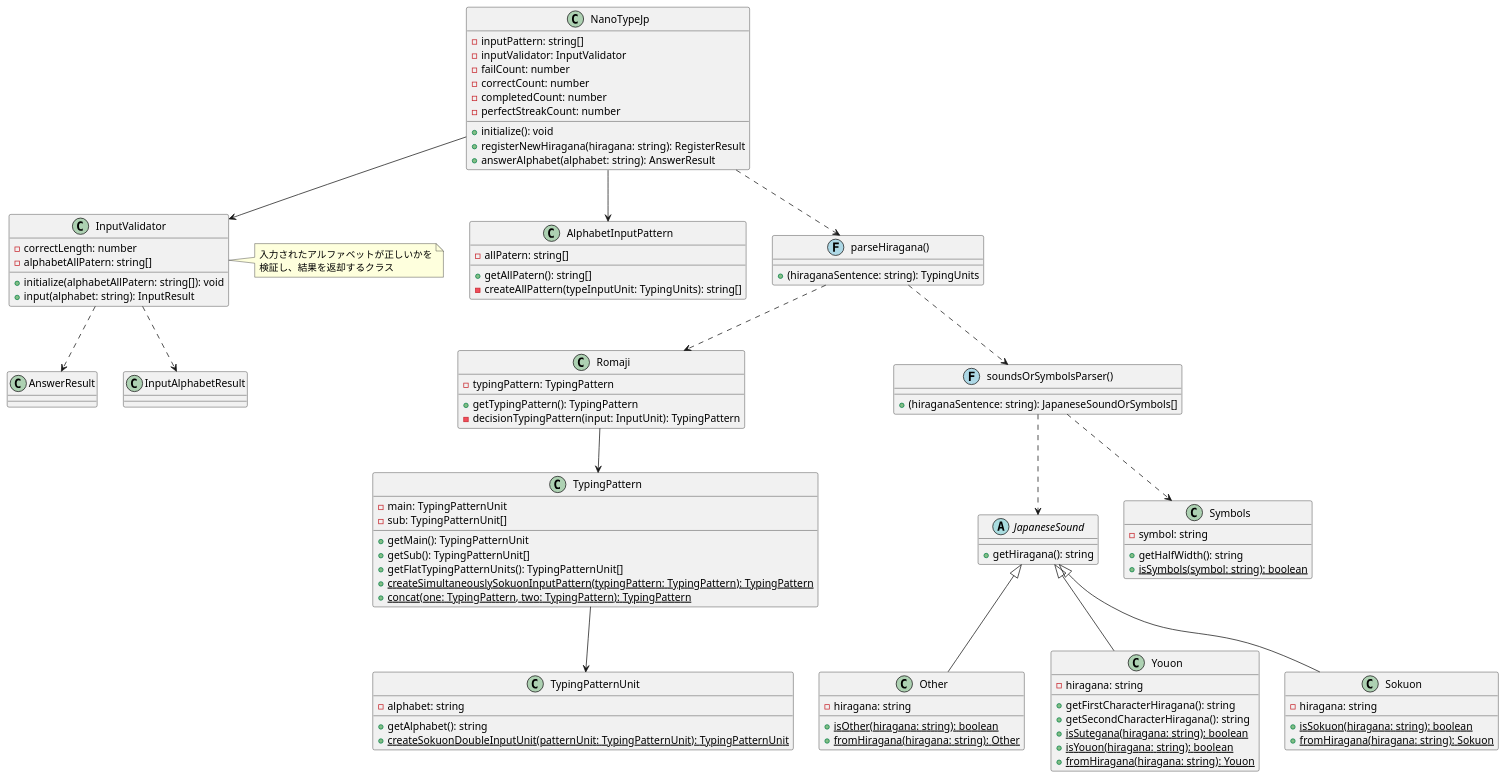
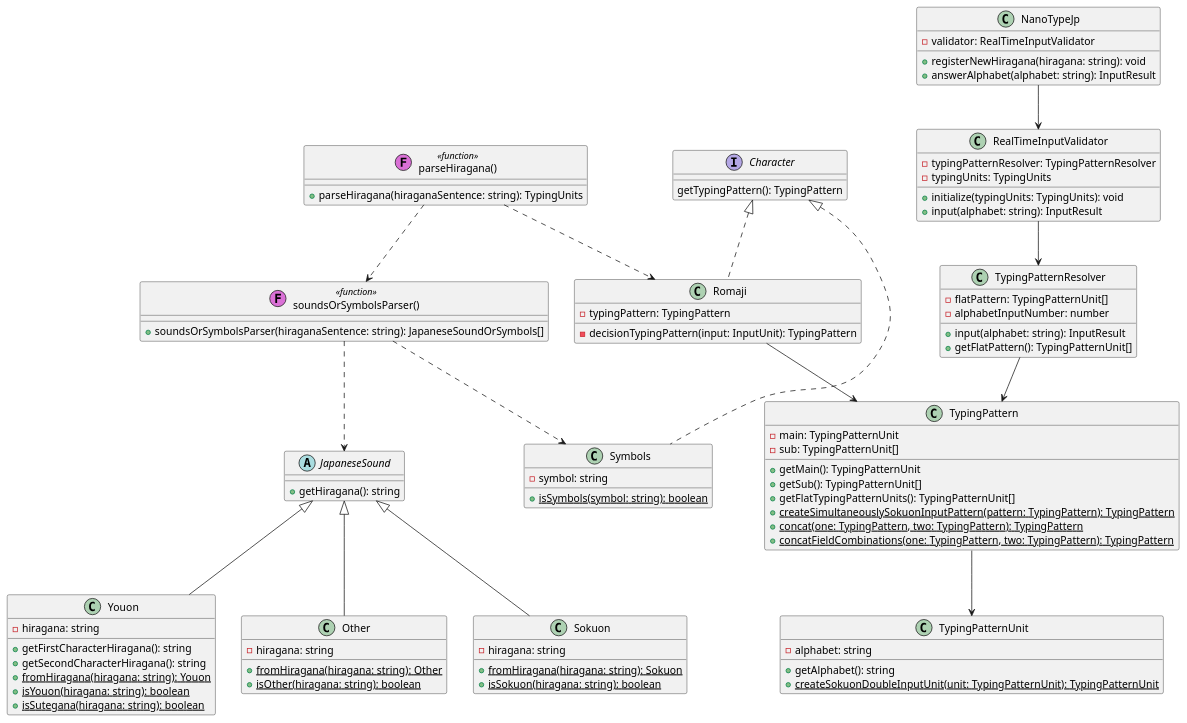
The diagram in docs/class.pu (shsk000/NanoType-JP), drawn with PlantUML before and after one commit. The commit also changed 1 other file, not shown here.

Commit message:
chore: クラス図更新

```diff
--- a/docs/class.pu
+++ b/docs/class.pu
@@ -1,122 +1,110 @@
 @startuml
-' メインクラス
-class NanoTypeJp {
-  - inputPattern: string[]
-  - inputValidator: InputValidator
-  - failCount: number
-  - correctCount: number
-  - completedCount: number
-  - perfectStreakCount: number
-  + initialize(): void
-  + registerNewHiragana(hiragana: string): RegisterResult
-  + answerAlphabet(alphabet: string): AnswerResult
+' インターフェース
+interface Character {
+  getTypingPattern(): TypingPattern
 }
 
-' 入力検証クラス
-class InputValidator {
-  - correctLength: number
-  - alphabetAllPatern: string[]
-  + initialize(alphabetAllPatern: string[]): void
-  + input(alphabet: string): InputResult
+' 基本クラス
+class NanoTypeJp {
+  -validator: RealTimeInputValidator
+  +registerNewHiragana(hiragana: string): void
+  +answerAlphabet(alphabet: string): InputResult
 }
 
-' 入力パターン生成クラス
-class AlphabetInputPattern {
-  - allPatern: string[]
-  + getAllPatern(): string[]
-  - createAllPattern(typeInputUnit: TypingUnits): string[]
+class RealTimeInputValidator {
+  -typingPatternResolver: TypingPatternResolver
+  -typingUnits: TypingUnits
+  +initialize(typingUnits: TypingUnits): void
+  +input(alphabet: string): InputResult
 }
 
-' 日本語音声の基底クラス
-abstract class JapaneseSound {
-  + getHiragana(): string
+class TypingPatternResolver {
+  -flatPattern: TypingPatternUnit[]
+  -alphabetInputNumber: number
+  +input(alphabet: string): InputResult
+  +getFlatPattern(): TypingPatternUnit[]
 }
 
-' その他の音声クラス
-class Other {
-  - hiragana: string
-  + {static} isOther(hiragana: string): boolean
-  + {static} fromHiragana(hiragana: string): Other
+class TypingPattern {
+  -main: TypingPatternUnit
+  -sub: TypingPatternUnit[]
+  +getMain(): TypingPatternUnit
+  +getSub(): TypingPatternUnit[]
+  +getFlatTypingPatternUnits(): TypingPatternUnit[]
+  {static} +createSimultaneouslySokuonInputPattern(pattern: TypingPattern): TypingPattern
+  {static} +concat(one: TypingPattern, two: TypingPattern): TypingPattern
+  {static} +concatFieldCombinations(one: TypingPattern, two: TypingPattern): TypingPattern
 }
 
-' 拗音クラス
-class Youon {
-  - hiragana: string
-  + getFirstCharacterHiragana(): string
-  + getSecondCharacterHiragana(): string
-  + {static} isSutegana(hiragana: string): boolean
-  + {static} isYouon(hiragana: string): boolean
-  + {static} fromHiragana(hiragana: string): Youon
+class TypingPatternUnit {
+  -alphabet: string
+  +getAlphabet(): string
+  {static} +createSokuonDoubleInputUnit(unit: TypingPatternUnit): TypingPatternUnit
 }
 
-' 促音クラス
-class Sokuon {
-  - hiragana: string
-  + {static} isSokuon(hiragana: string): boolean
-  + {static} fromHiragana(hiragana: string): Sokuon
+' 日本語音声関連クラス
+abstract class JapaneseSound {
+  +getHiragana(): string
 }
 
-' 記号クラス
-class Symbols {
-  - symbol: string
-  + getHalfWidth(): string
-  + {static} isSymbols(symbol: string): boolean
+class Other {
+  -hiragana: string
+  {static} +fromHiragana(hiragana: string): Other
+  {static} +isOther(hiragana: string): boolean
 }
 
-' ローマ字変換クラス
-class Romaji {
-  - typingPattern: TypingPattern
-  + getTypingPattern(): TypingPattern
-  - decisionTypingPattern(input: InputUnit): TypingPattern
+class Sokuon {
+  -hiragana: string
+  {static} +fromHiragana(hiragana: string): Sokuon
+  {static} +isSokuon(hiragana: string): boolean
 }
 
-' ローマ字パターンクラス
-class TypingPattern {
-  - main: TypingPatternUnit
-  - sub: TypingPatternUnit[]
-  + getMain(): TypingPatternUnit
-  + getSub(): TypingPatternUnit[]
-  + getFlatTypingPatternUnits(): TypingPatternUnit[]
-  + {static} createSimultaneouslySokuonInputPattern(typingPattern: TypingPattern): TypingPattern
-  + {static} concat(one: TypingPattern, two: TypingPattern): TypingPattern
+class Youon {
+  -hiragana: string
+  +getFirstCharacterHiragana(): string
+  +getSecondCharacterHiragana(): string
+  {static} +fromHiragana(hiragana: string): Youon
+  {static} +isYouon(hiragana: string): boolean
+  {static} +isSutegana(hiragana: string): boolean
 }
 
-' ローマ字パターンユニットクラス
-class TypingPatternUnit {
-  - alphabet: string
-  + getAlphabet(): string
-  + {static} createSokuonDoubleInputUnit(patternUnit: TypingPatternUnit): TypingPatternUnit
+' 文字関連クラス
+class Romaji {
+  -typingPattern: TypingPattern
+  -decisionTypingPattern(input: InputUnit): TypingPattern
 }
 
-' パーサー関数
-class "parseHiragana()" << (F,lightblue) >> {
-  + (hiraganaSentence: string): TypingUnits
+class Symbols {
+  -symbol: string
+  {static} +isSymbols(symbol: string): boolean
 }
 
-class "soundsOrSymbolsParser()" << (F,lightblue) >> {
-  + (hiraganaSentence: string): JapaneseSoundOrSymbols[]
+' パース関連関数
+class "parseHiragana()" as ParseHiragana << (F,orchid) function >> {
+  +parseHiragana(hiraganaSentence: string): TypingUnits
 }
 
-' 関連性の定義
-NanoTypeJp --> InputValidator
-NanoTypeJp --> AlphabetInputPattern
-NanoTypeJp ..> "parseHiragana()"
-"parseHiragana()" ..> "soundsOrSymbolsParser()"
-"parseHiragana()" ..> Romaji
+class "soundsOrSymbolsParser()" as SoundsParser << (F,orchid) function >> {
+  +soundsOrSymbolsParser(hiraganaSentence: string): JapaneseSoundOrSymbols[]
+}
+
+' 関係性
+Character <|.. Romaji
+Character <|.. Symbols
+
+JapaneseSound <|-- Other
+JapaneseSound <|-- Sokuon
+JapaneseSound <|-- Youon
+
+NanoTypeJp --> RealTimeInputValidator
+RealTimeInputValidator --> TypingPatternResolver
+TypingPatternResolver --> TypingPattern
+TypingPattern --> TypingPatternUnit
+
 Romaji --> TypingPattern
-TypingPattern --> TypingPatternUnit
-JapaneseSound <|-- Other
-JapaneseSound <|-- Youon
-JapaneseSound <|-- Sokuon
-"soundsOrSymbolsParser()" ..> JapaneseSound
-"soundsOrSymbolsParser()" ..> Symbols
 
-' InputValidatorの関連
-InputValidator ..> "AnswerResult"
-InputValidator ..> "InputAlphabetResult"
-
-note right of InputValidator
-  入力されたアルファベットが正しいかを
-  検証し、結果を返却するクラス
-end note
+ParseHiragana ..> Romaji
+ParseHiragana ..> SoundsParser
+SoundsParser ..> JapaneseSound
+SoundsParser ..> Symbols
 @enduml
```
